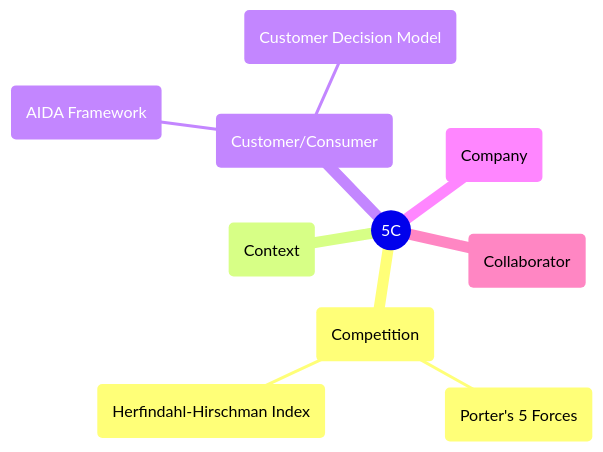
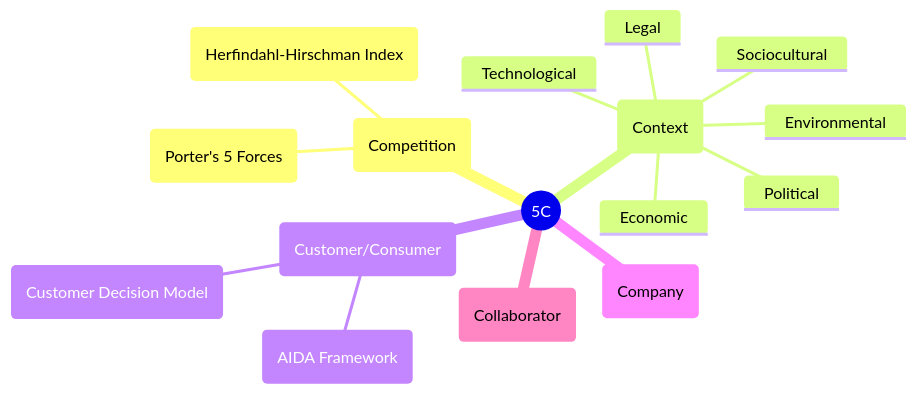
Before and after one commit to manasm11/blog.manas-mishra.com: the fourth of 10 diagrams in content/business/marketing/_index.md, drawn with Mermaid. The commit also changed other lines of this file and 3 other files, not shown here.

````diff
--- a/content/business/marketing/_index.md
+++ b/content/business/marketing/_index.md
@@ -104,16 +136,22 @@
 ```mermaid
 ---
 title: Stakeholder Analysis / Market Scanning Analysis
 ---
 mindmap
     5C((5C))
         COMPETITION(Competition)
             PORTERS5FORCES(Porter's 5 Forces)
             HHI(Herfindahl-Hirschman Index)
         CONTEXT(Context)
+            Political
+            Economic
+            Sociocultural
+            Technological
+            Legal
+            Environmental
         CUSTOMER(Customer/Consumer)
             AIDA(AIDA Framework)
             CDM(Customer Decision Model)
         COMPANY(Company)
         COLLABORATOR(Collaborator)
 ```
````
